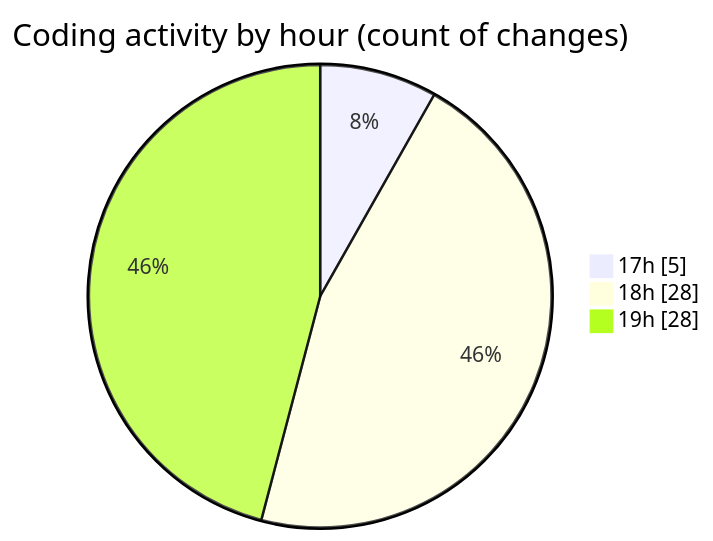
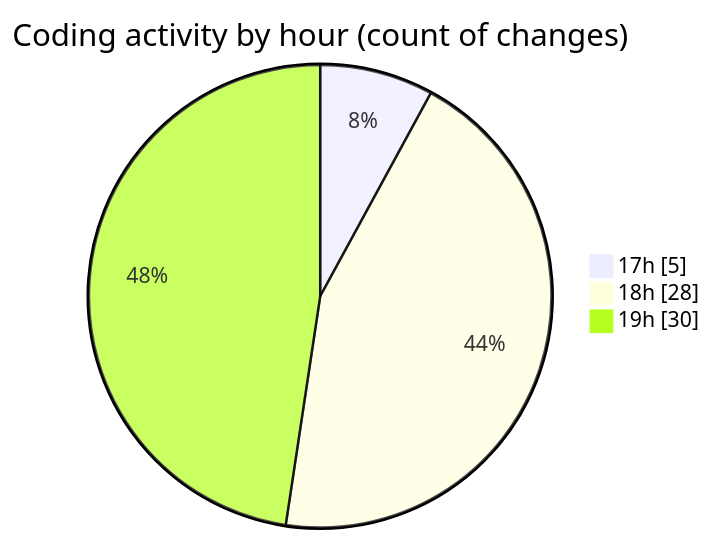
One commit to donsfak/code-tracking changed the second of 2 diagrams in 2025-01-01/uber_clone/README.md. Above: the diagram before and after it, drawn with Mermaid. The commit also changed other lines of this file and 1 other file, not shown here.

````diff
--- a/2025-01-01/uber_clone/README.md
+++ b/2025-01-01/uber_clone/README.md
@@ -41,7 +41,7 @@
 ```mermaid
 pie showData
 title Coding activity by hour (count of changes)
 "17h" : 5
 "18h" : 28
-"19h" : 28
+"19h" : 30
 ```
````
